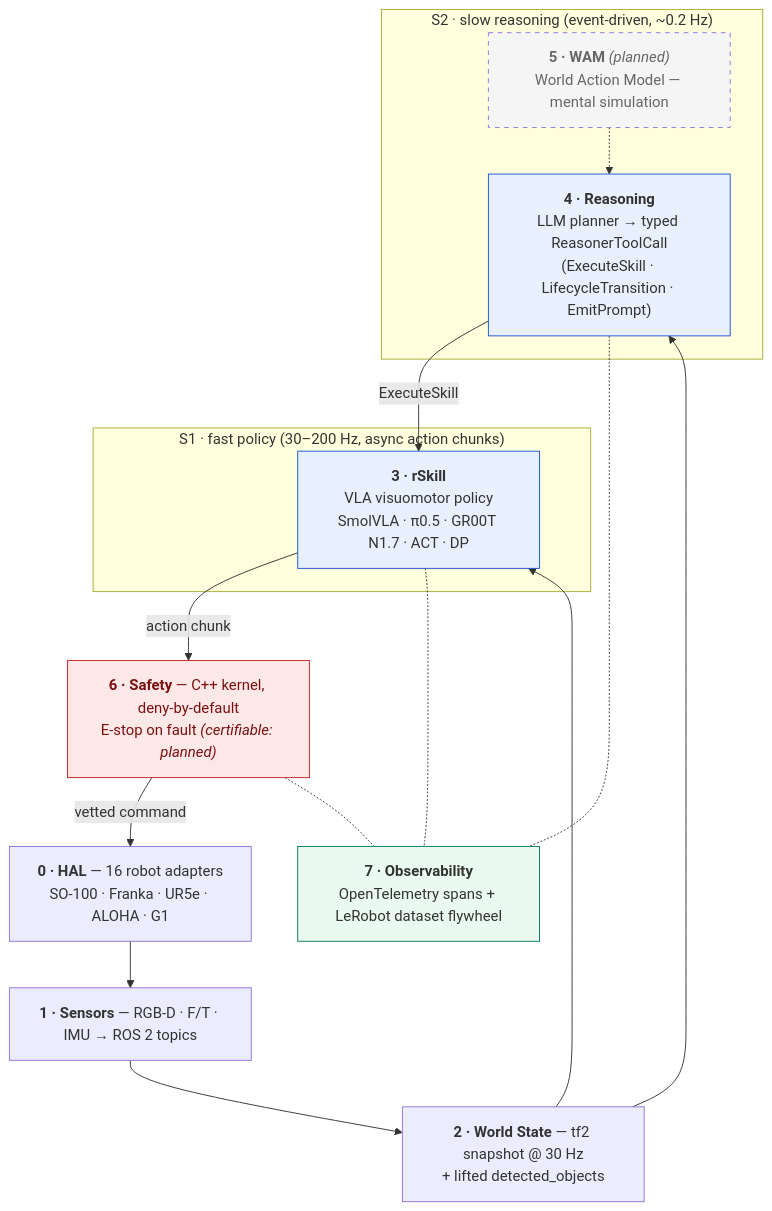
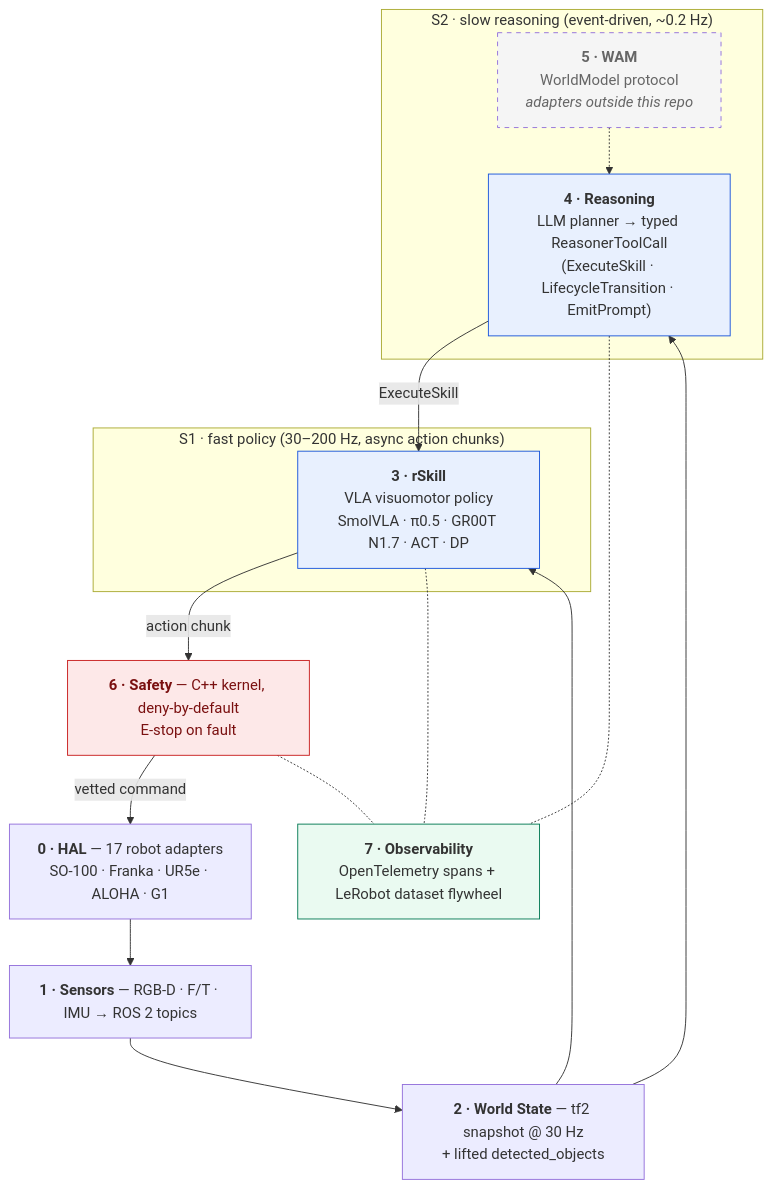
One commit to bensonlee5/openral changed the diagram in README.md. Above: the diagram before and after it, drawn with Mermaid. The commit also changed other lines of this file, not shown here.

````diff
--- a/README.md
+++ b/README.md
@@ -172,38 +179,38 @@
 ```mermaid
 flowchart TB
     subgraph S2["S2 · slow reasoning (event-driven, ~0.2 Hz)"]
         REASON["<b>4 · Reasoning</b><br/>LLM planner → typed ReasonerToolCall<br/>(ExecuteSkill · LifecycleTransition · EmitPrompt)"]
-        WAM["<b>5 · WAM</b> <i>(planned)</i><br/>World Action Model — mental simulation"]
+        WAM["<b>5 · WAM</b><br/>WorldModel protocol<br/><i>adapters outside this repo</i>"]
     end
 
     subgraph S1["S1 · fast policy (30–200 Hz, async action chunks)"]
         RSKILL["<b>3 · rSkill</b><br/>VLA visuomotor policy<br/>SmolVLA · π0.5 · GR00T N1.7 · ACT · DP"]
     end
 
-    HAL["<b>0 · HAL</b> — 16 robot adapters<br/>SO-100 · Franka · UR5e · ALOHA · G1"]
+    HAL["<b>0 · HAL</b> — 17 robot adapters<br/>SO-100 · Franka · UR5e · ALOHA · G1"]
     SENSORS["<b>1 · Sensors</b> — RGB-D · F/T · IMU → ROS 2 topics"]
     WORLD["<b>2 · World State</b> — tf2 snapshot @ 30 Hz<br/>+ lifted detected_objects"]
-    SAFETY["<b>6 · Safety</b> — C++ kernel, deny-by-default<br/>E-stop on fault <i>(certifiable: planned)</i>"]
+    SAFETY["<b>6 · Safety</b> — C++ kernel, deny-by-default<br/>E-stop on fault"]
     OBS["<b>7 · Observability</b><br/>OpenTelemetry spans + LeRobot dataset flywheel"]
 
     HAL --> SENSORS --> WORLD
     WORLD --> RSKILL
     WORLD --> REASON
     WAM -.-> REASON
     REASON -- ExecuteSkill --> RSKILL
     RSKILL -- action chunk --> SAFETY
     SAFETY -- vetted command --> HAL
 
     RSKILL -.- OBS
     REASON -.- OBS
     SAFETY -.- OBS
 
-    classDef planned stroke-dasharray:5 5,fill:#f5f5f5,color:#666;
+    classDef external stroke-dasharray:5 5,fill:#f5f5f5,color:#666;
     classDef safety fill:#fde8e8,stroke:#c81e1e,color:#7a1010;
     classDef policy fill:#e8f0fe,stroke:#1a56db;
     classDef obs fill:#eafaf1,stroke:#057a55;
-    class WAM planned;
+    class WAM external;
     class SAFETY safety;
     class RSKILL,REASON policy;
     class OBS obs;
 ```
````
